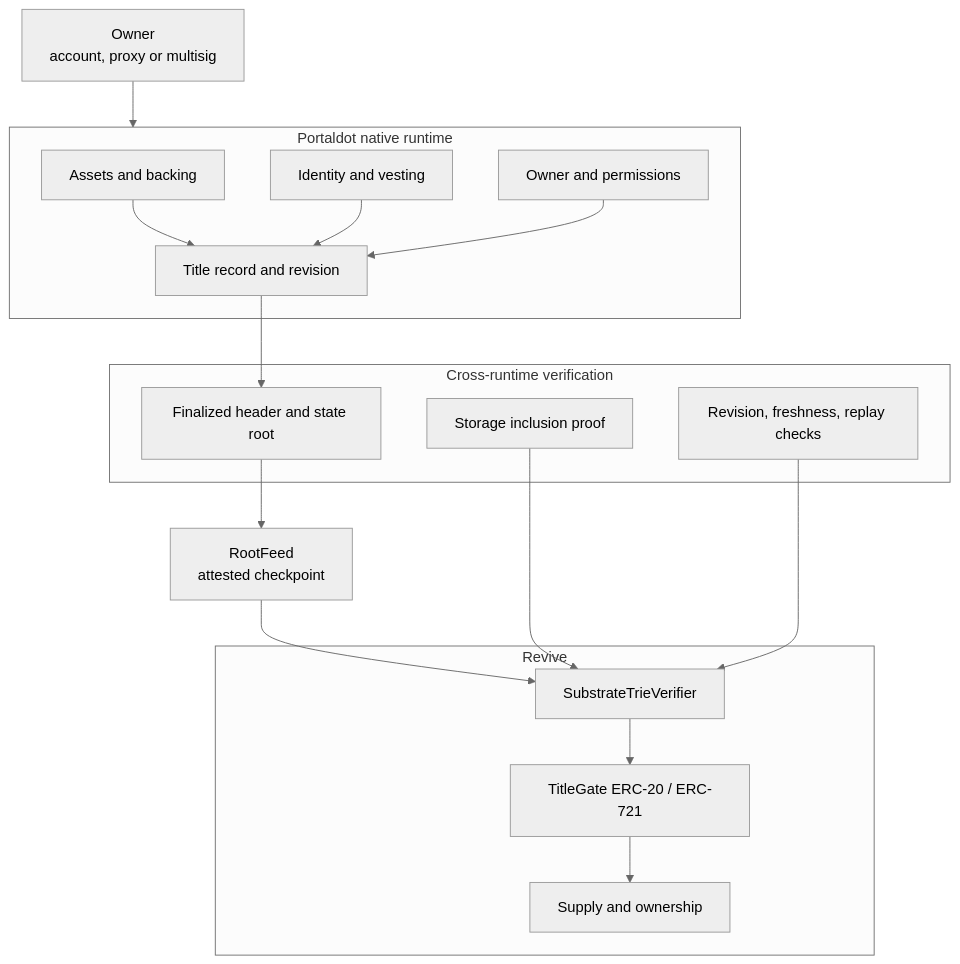
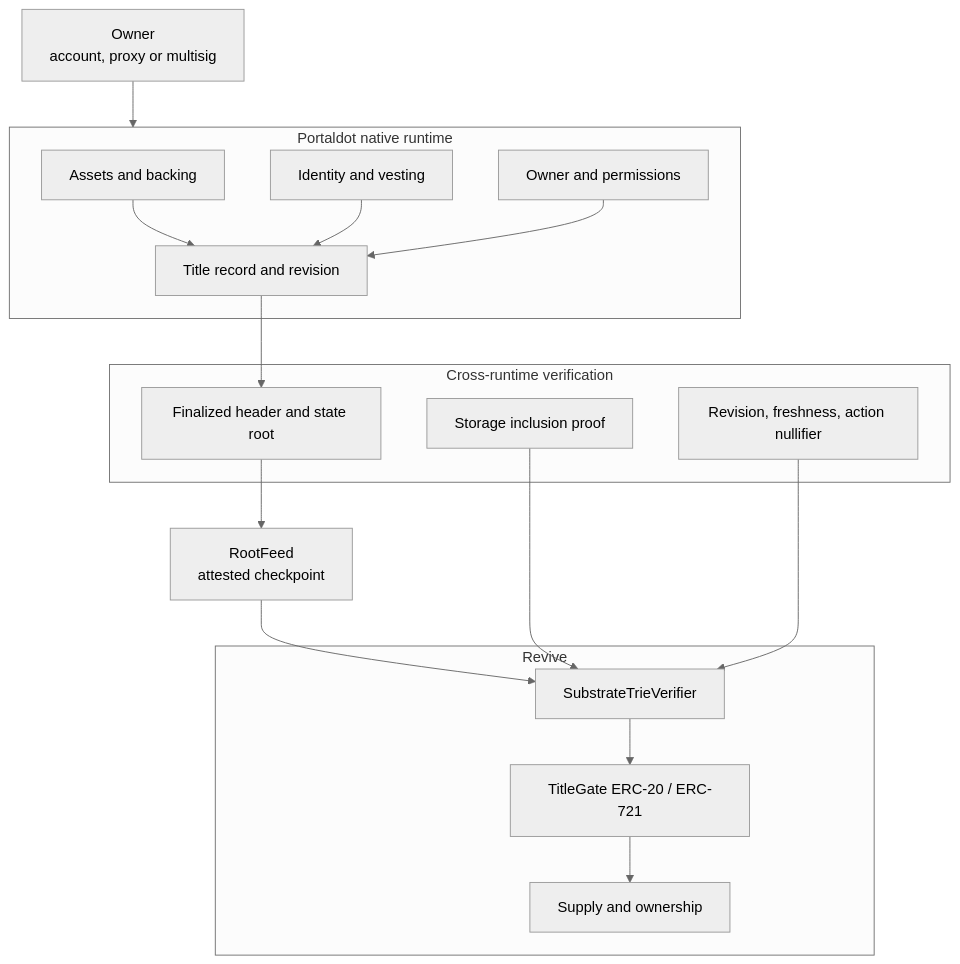
Before and after one commit to subheeksh5599/lemo: the diagram in README.md, drawn with Mermaid (neutral theme). The commit also changed other lines of this file, not shown here.

````diff
--- a/README.md
+++ b/README.md
@@ -112,37 +181,37 @@
 ```mermaid
 flowchart TB
     OWNER["Owner<br/>account, proxy or multisig"]
 
     subgraph NATIVE["Portaldot native runtime"]
         N1["Assets and backing"]
         N2["Identity and vesting"]
         N3["Owner and permissions"]
         N4["Title record and revision"]
     end
 
     subgraph PROOF["Cross-runtime verification"]
         P1["Finalized header and state root"]
         P2["Storage inclusion proof"]
-        P3["Revision, freshness, replay checks"]
+        P3["Revision, freshness, action nullifier"]
     end
 
     subgraph EVM["Revive"]
         E1["TitleGate ERC-20 / ERC-721"]
         E2["SubstrateTrieVerifier"]
         E3["Supply and ownership"]
     end
 
     FEED["RootFeed<br/>attested checkpoint"]
 
     OWNER --> NATIVE
     N1 --> N4
     N2 --> N4
     N3 --> N4
     N4 --> P1
     P1 --> FEED
     FEED --> E2
     P2 --> E2
     P3 --> E2
     E2 --> E1
     E1 --> E3
 ```
````
